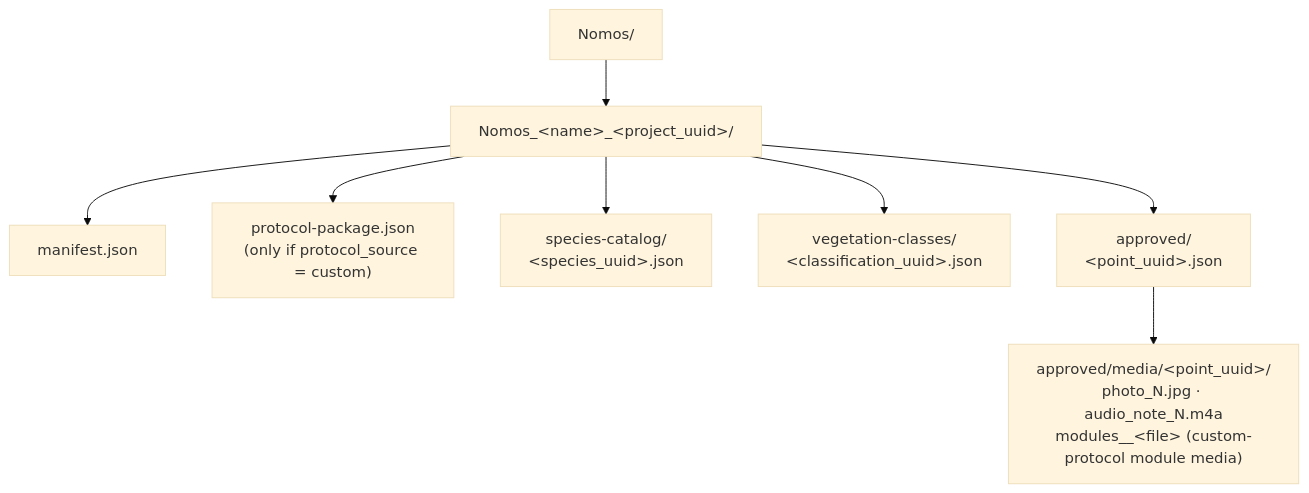
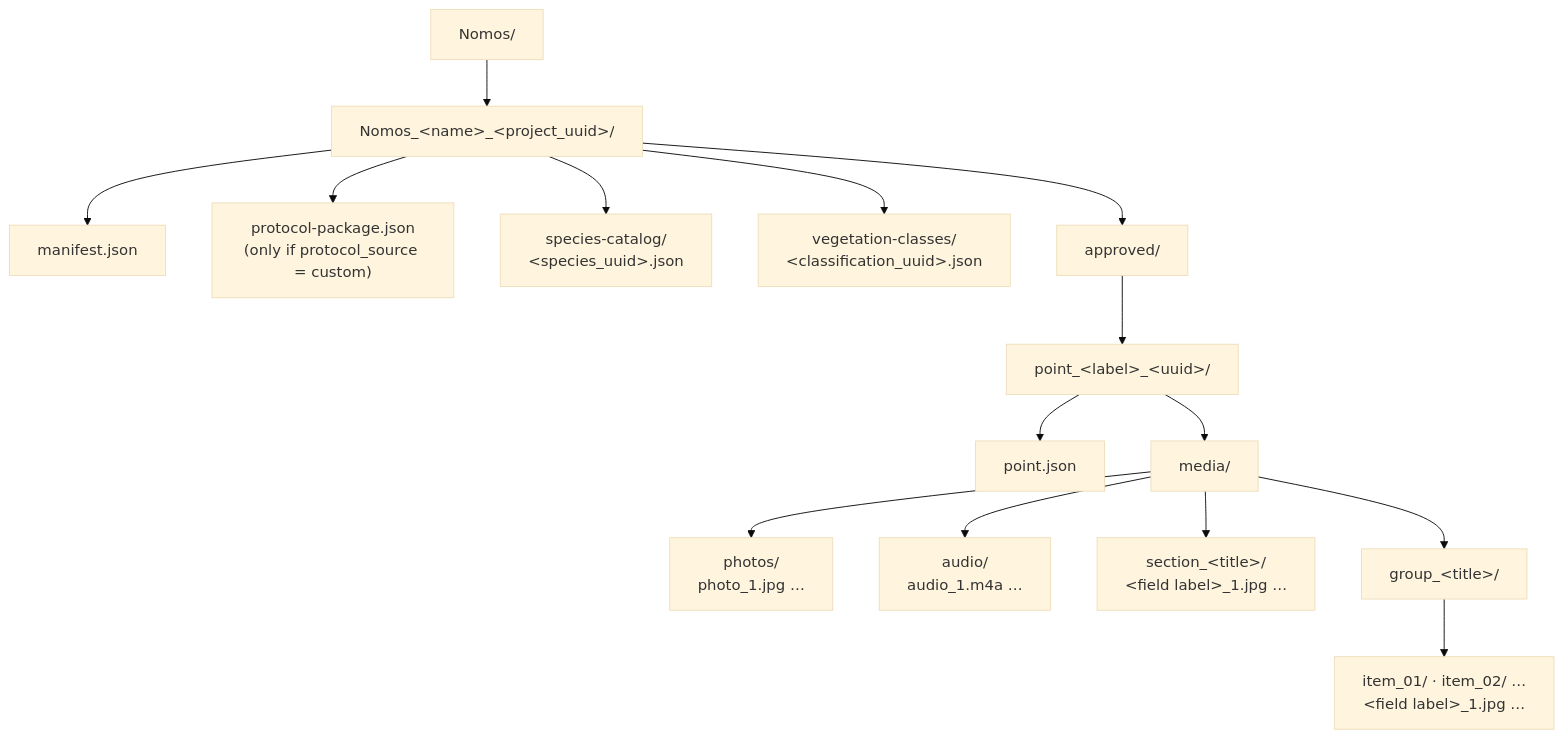
The diagram in docs/12_BACKUP_COLLABORATION.md (pablonvsx/nomos), drawn with Mermaid (base theme) before and after one commit. The commit also changed other lines of this file and 18 other files, not shown here.

````diff
--- a/docs/12_BACKUP_COLLABORATION.md
+++ b/docs/12_BACKUP_COLLABORATION.md
@@ -422,10 +432,17 @@
 ```mermaid
 graph TD
     Root["Nomos/"] --> Proj["Nomos_&lt;name&gt;_&lt;project_uuid&gt;/"]
     Proj --> Manifest["manifest.json"]
     Proj --> Protocol["protocol-package.json<br/>(only if protocol_source = custom)"]
     Proj --> SpeciesCat["species-catalog/<br/>&lt;species_uuid&gt;.json"]
     Proj --> VegClasses["vegetation-classes/<br/>&lt;classification_uuid&gt;.json"]
-    Proj --> Approved["approved/<br/>&lt;point_uuid&gt;.json"]
-    Approved --> Media["approved/media/&lt;point_uuid&gt;/<br/>photo_N.jpg · audio_note_N.m4a<br/>modules__&lt;file&gt; (custom-protocol module media)"]
+    Proj --> Approved["approved/"]
+    Approved --> Point["point_&lt;label&gt;_&lt;uuid&gt;/"]
+    Point --> PointJson["point.json"]
+    Point --> Media["media/"]
+    Media --> Photos["photos/<br/>photo_1.jpg …"]
+    Media --> Audio["audio/<br/>audio_1.m4a …"]
+    Media --> Section["section_&lt;title&gt;/<br/>&lt;field label&gt;_1.jpg …"]
+    Media --> Group["group_&lt;title&gt;/"]
+    Group --> Item["item_01/ · item_02/ …<br/>&lt;field label&gt;_1.jpg …"]
 ```
````
